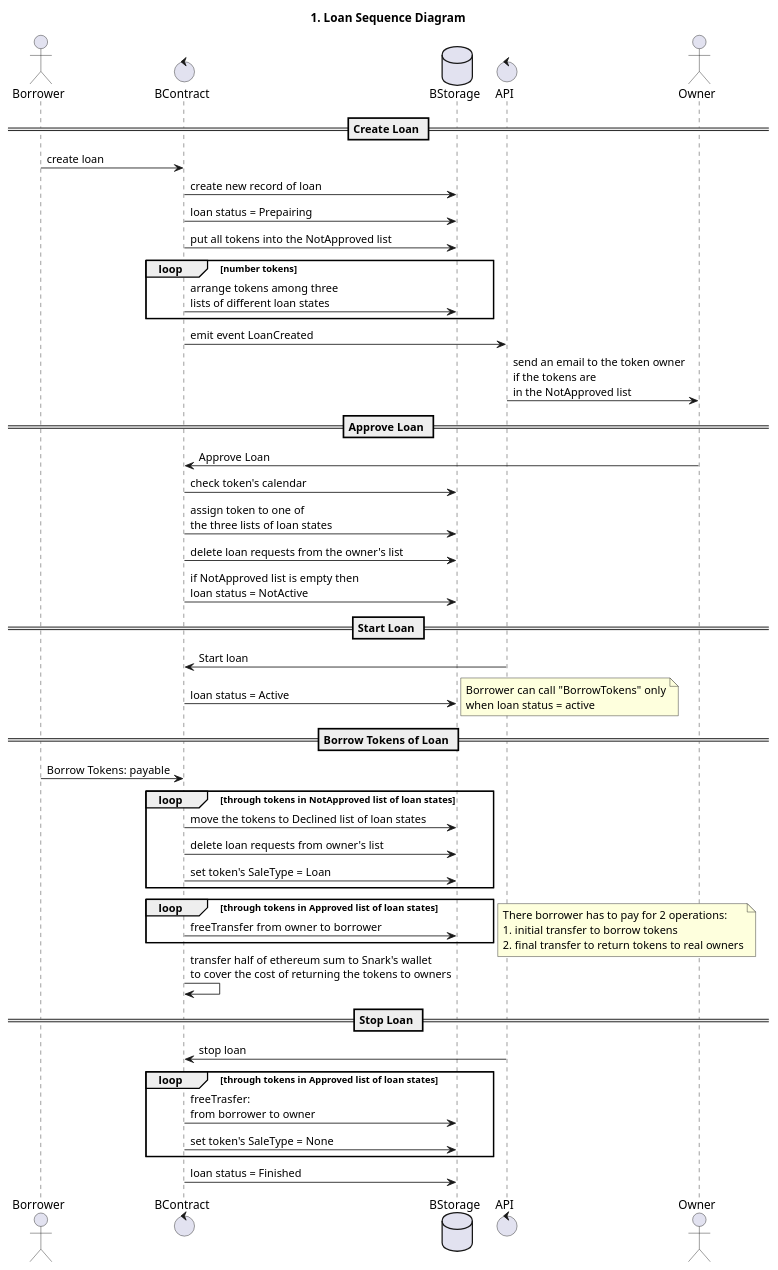
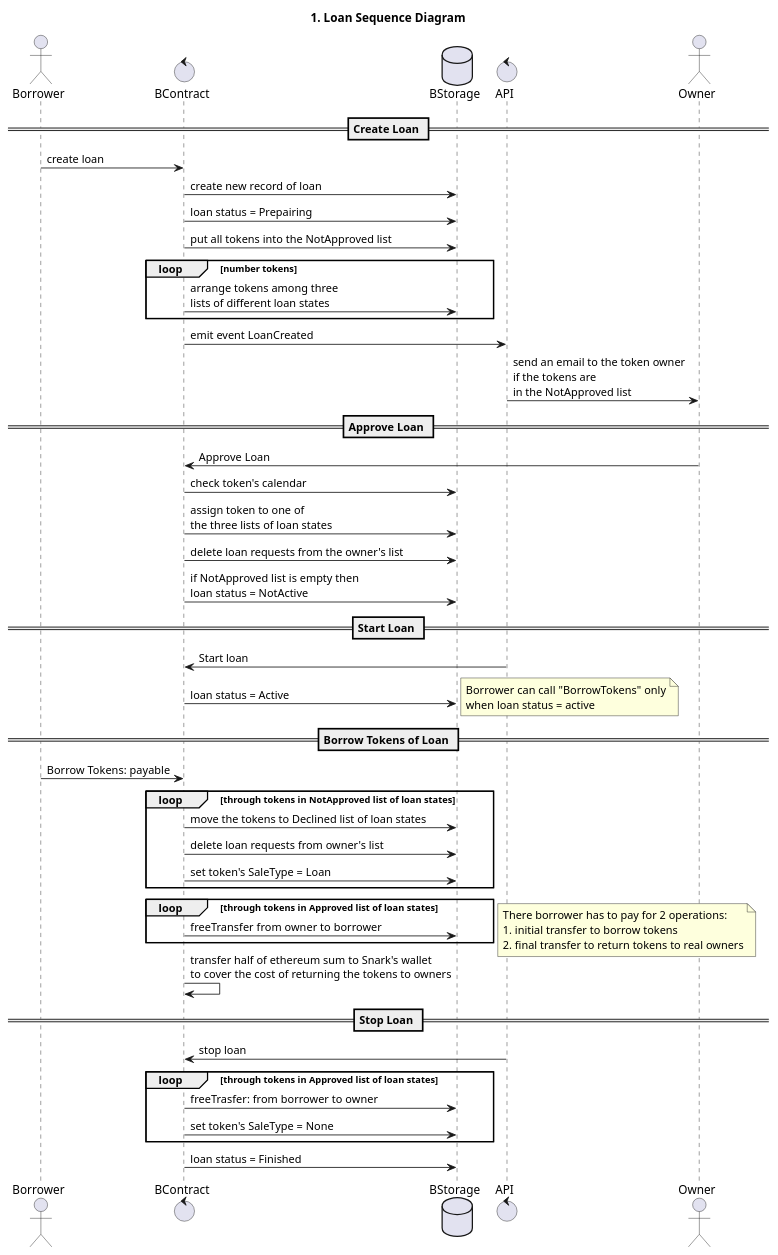
Before and after one commit to snarkdotart/snarkcontract: the diagram in diagrams/src/1. Sequence - Loan Creation.wsd, drawn with PlantUML. The commit also changed 1 other file, not shown here.

Commit message:
Update diagrams

```diff
--- a/diagrams/src/1. Sequence - Loan Creation.wsd
+++ b/diagrams/src/1. Sequence - Loan Creation.wsd
@@ -1,70 +1,70 @@
 @startuml
 
 title 1. Loan Sequence Diagram
 
 actor Borrower
 control BContract
 database BStorage
 control API
 actor Owner
 
 == Create Loan ==
 
 Borrower -> BContract: create loan
 BContract -> BStorage: create new record of loan
 BContract -> BStorage: loan status = Prepairing
 BContract -> BStorage: put all tokens into the NotApproved list
 
 loop number tokens
   BContract -> BStorage: arrange tokens among three\nlists of different loan states
 end
 
 BContract -> API: emit event LoanCreated
 API -> Owner: send an email to the token owner\nif the tokens are\nin the NotApproved list
 
 == Approve Loan ==
 
 Owner -> BContract: Approve Loan
 BContract -> BStorage: check token's calendar
 BContract -> BStorage: assign token to one of\nthe three lists of loan states
 BContract -> BStorage: delete loan requests from the owner's list
 BContract -> BStorage: if NotApproved list is empty then\nloan status = NotActive
 
 == Start Loan ==
 
 API -> BContract: Start loan
 BContract -> BStorage: loan status = Active
 note right
   Borrower can call "BorrowTokens" only
   when loan status = active
 end note 
 
 
 == Borrow Tokens of Loan ==
 
 Borrower -> BContract: Borrow Tokens: payable
 loop through tokens in NotApproved list of loan states
   BContract -> BStorage: move the tokens to Declined list of loan states
   BContract -> BStorage: delete loan requests from owner's list
   BContract -> BStorage: set token's SaleType = Loan
 end
 loop through tokens in Approved list of loan states
   BContract -> BStorage: freeTransfer from owner to borrower 
 end
 note right
   There borrower has to pay for 2 operations:
   1. initial transfer to borrow tokens
   2. final transfer to return tokens to real owners
 end note
 BContract -> BContract: transfer half of ethereum sum to Snark's wallet\nto cover the cost of returning the tokens to owners
 
 == Stop Loan ==
 
 API -> BContract: stop loan
 loop through tokens in Approved list of loan states
-  BContract -> BStorage: freeTrasfer: \nfrom borrower to owner
+  BContract -> BStorage: freeTrasfer: from borrower to owner
   BContract -> BStorage: set token's SaleType = None
 end
 BContract -> BStorage: loan status = Finished
 
 @enduml
```
